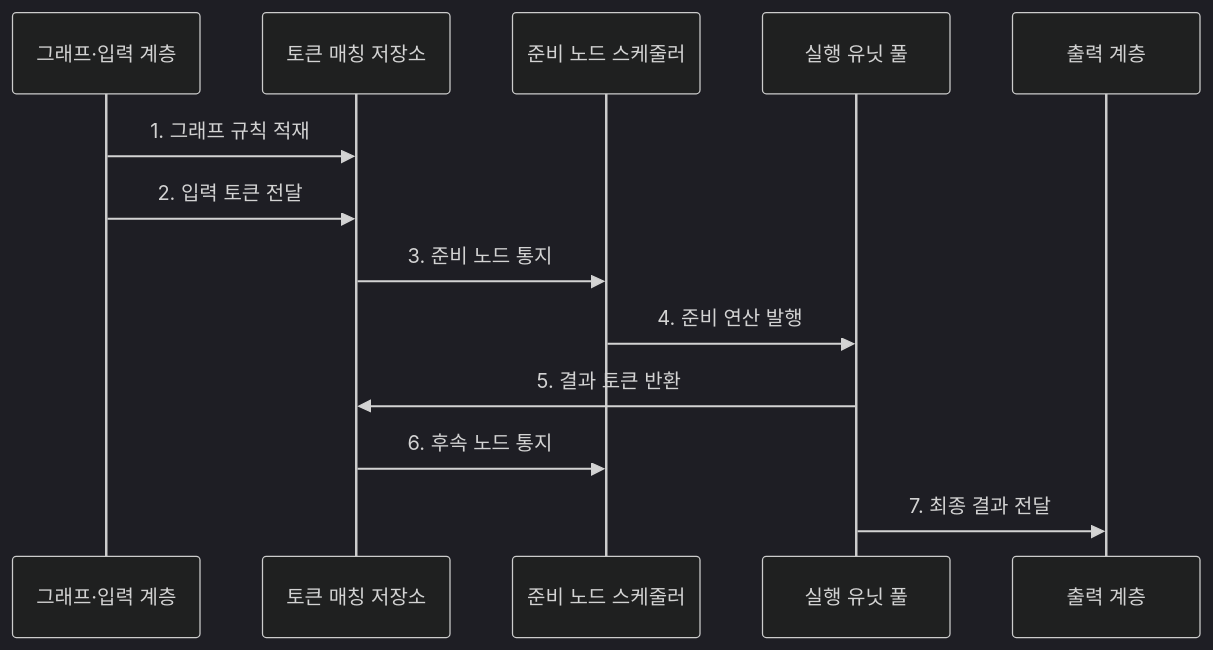
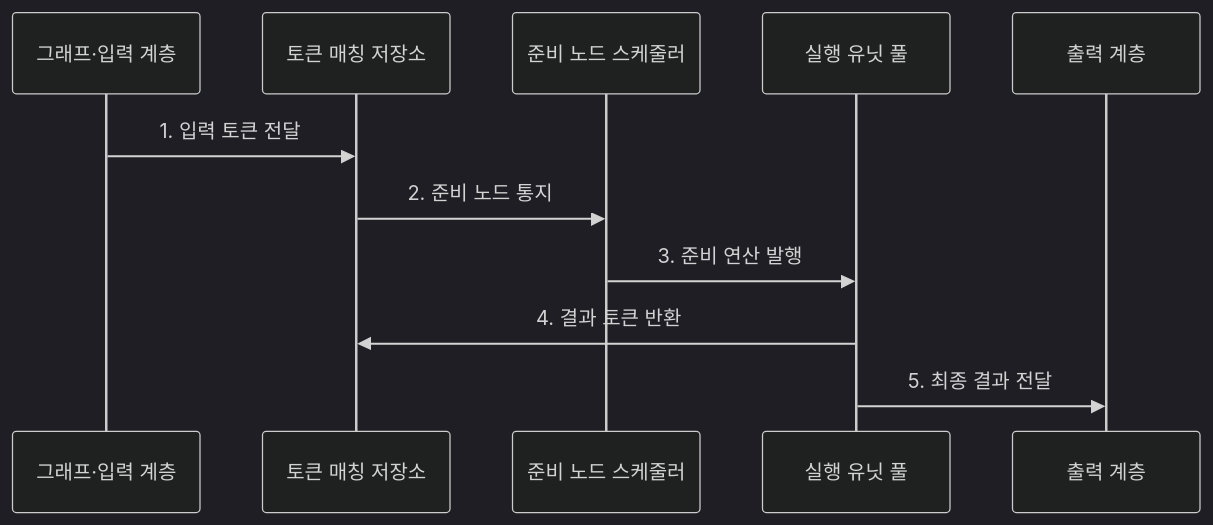
The second of 2 diagrams in src/content/docs/notes/02-hardware/077_dataflow_computer.md (agnusdei1207/knowledge-base), drawn with Mermaid (dark theme) before and after one commit. The commit also changed other lines of this file and 86 other files, not shown here.

````diff
--- a/src/content/docs/notes/02-hardware/077_dataflow_computer.md
+++ b/src/content/docs/notes/02-hardware/077_dataflow_computer.md
@@ -83,16 +86,14 @@
 ```mermaid
 sequenceDiagram
     participant G as 그래프·입력 계층
     participant M as 토큰 매칭 저장소
     participant S as 준비 노드 스케줄러
     participant E as 실행 유닛 풀
     participant O as 출력 계층
 
-    G->>M: 1. 그래프 규칙 적재
-    G->>M: 2. 입력 토큰 전달
-    M->>S: 3. 준비 노드 통지
-    S->>E: 4. 준비 연산 발행
-    E->>M: 5. 결과 토큰 반환
-    M->>S: 6. 후속 노드 통지
-    E->>O: 7. 최종 결과 전달
+    G->>M: 1. 입력 토큰 전달
+    M->>S: 2. 준비 노드 통지
+    S->>E: 3. 준비 연산 발행
+    E->>M: 4. 결과 토큰 반환
+    E->>O: 5. 최종 결과 전달
 ```
````
